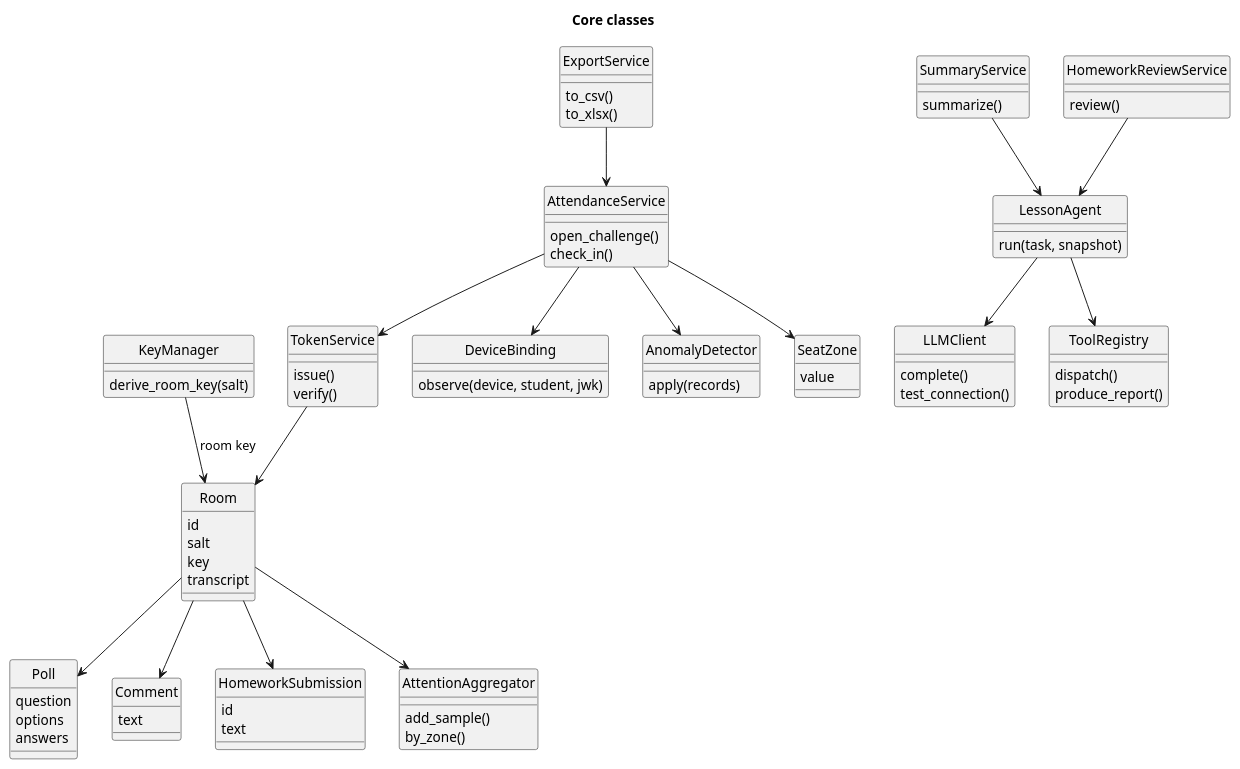
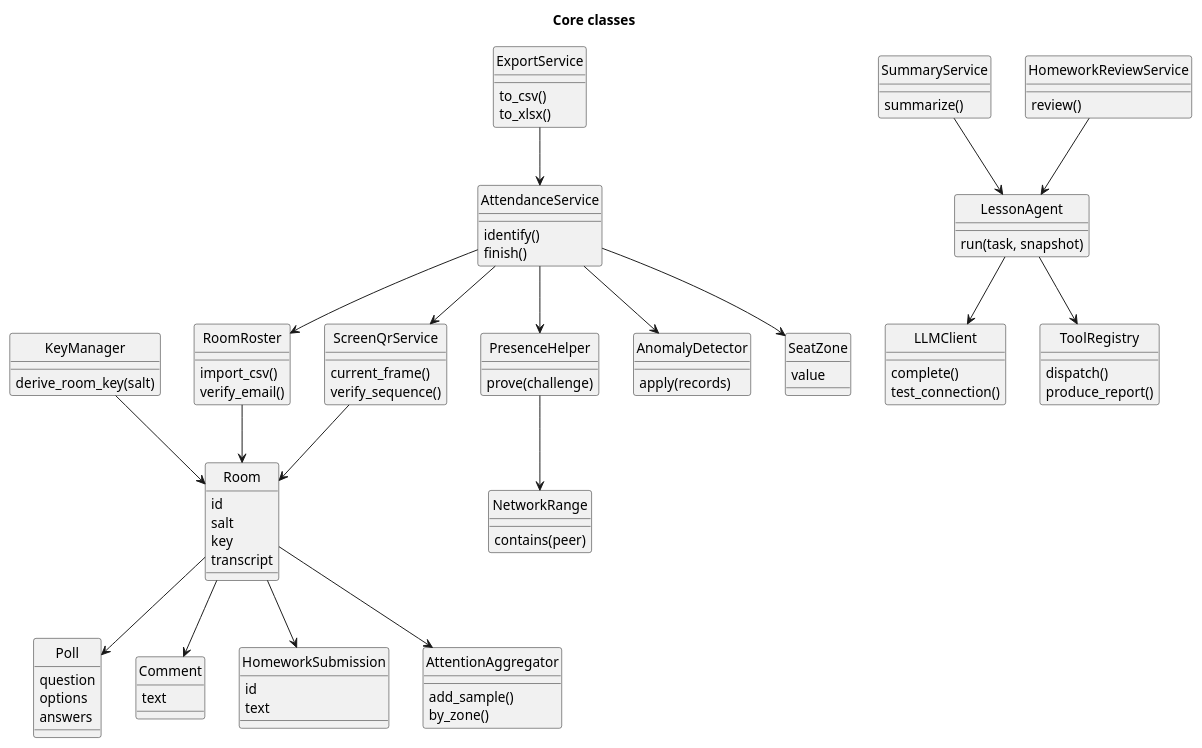
Before and after one commit to Haim-Barby/ZooMoodle: the diagram in docs/diagrams/classes.puml, drawn with PlantUML. The commit also changed 34 other files, not shown here.

First line of the commit message:
Replace last-four ID check with email confirmation and a live barcode

```diff
--- a/docs/diagrams/classes.puml
+++ b/docs/diagrams/classes.puml
@@ -1,102 +1,114 @@
 @startuml classes
 title Core classes
 
 skinparam shadowing false
 hide circle
 
 class Room {
   id
   salt
   key
   transcript
 }
 
 class KeyManager {
   derive_room_key(salt)
 }
 
-class TokenService {
-  issue()
-  verify()
+class RoomRoster {
+  import_csv()
+  verify_email()
 }
 
-class DeviceBinding {
-  observe(device, student, jwk)
+class ScreenQrService {
+  current_frame()
+  verify_sequence()
+}
+
+class NetworkRange {
+  contains(peer)
+}
+
+class PresenceHelper {
+  prove(challenge)
 }
 
 class AttendanceService {
-  open_challenge()
-  check_in()
+  identify()
+  finish()
 }
 
 class AnomalyDetector {
   apply(records)
 }
 
 class SeatZone {
   value
 }
 
 class Poll {
   question
   options
   answers
 }
 
 class Comment {
   text
 }
 
 class HomeworkSubmission {
   id
   text
 }
 
 class ExportService {
   to_csv()
   to_xlsx()
 }
 
 class AttentionAggregator {
   add_sample()
   by_zone()
 }
 
 class LLMClient {
   complete()
   test_connection()
 }
 
 class LessonAgent {
   run(task, snapshot)
 }
 
 class ToolRegistry {
   dispatch()
   produce_report()
 }
 
 class SummaryService {
   summarize()
 }
 
 class HomeworkReviewService {
   review()
 }
 
-KeyManager --> Room : room key
-TokenService --> Room
-AttendanceService --> TokenService
-AttendanceService --> DeviceBinding
+KeyManager --> Room
+RoomRoster --> Room
+ScreenQrService --> Room
+AttendanceService --> RoomRoster
+AttendanceService --> ScreenQrService
+AttendanceService --> PresenceHelper
+PresenceHelper --> NetworkRange
 AttendanceService --> AnomalyDetector
 AttendanceService --> SeatZone
 Room --> Poll
 Room --> Comment
 Room --> HomeworkSubmission
 Room --> AttentionAggregator
 ExportService --> AttendanceService
 SummaryService --> LessonAgent
 HomeworkReviewService --> LessonAgent
 LessonAgent --> LLMClient
 LessonAgent --> ToolRegistry
 @enduml
```
